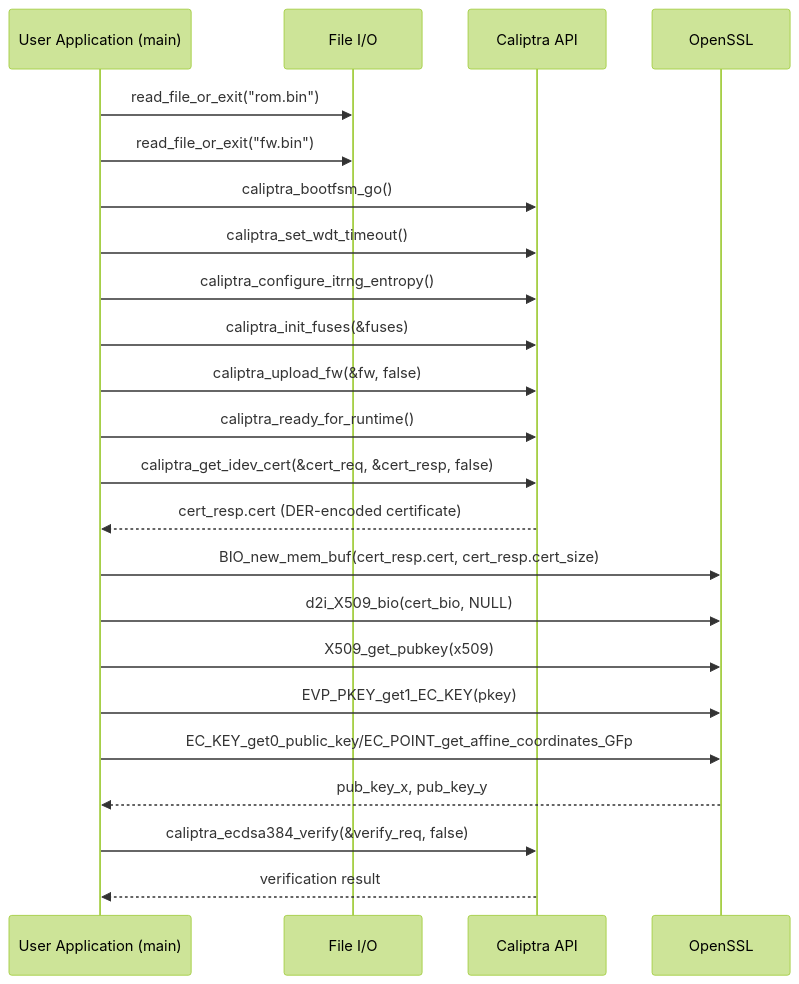
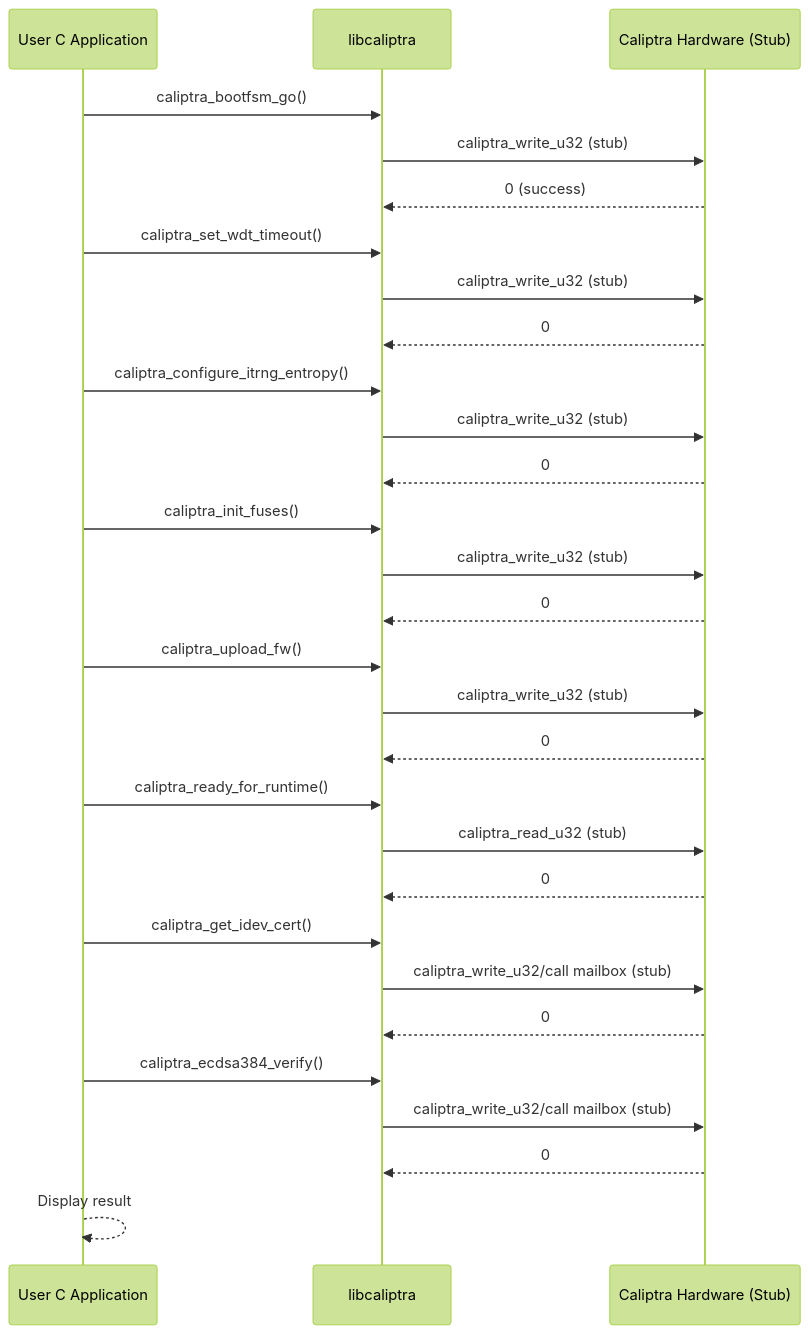
One commit to higuchi1040/caliptra_secureboot_sample changed the diagram in certificate_and_signature_verification_sequence.md. Above: the diagram before and after it, drawn with Mermaid (forest theme). The commit also changed other lines of this file and 6 other files, not shown here.

Commit message:
Modify for new sequence without OpenSSL

````diff
--- a/certificate_and_signature_verification_sequence.md
+++ b/certificate_and_signature_verification_sequence.md
@@ -3,26 +9,40 @@
 ```mermaid
 sequenceDiagram
-    participant App as User Application (main)
-    participant FileIO as File I/O
-    participant Caliptra as Caliptra API
-    participant OpenSSL as OpenSSL
+    participant UserApp as User C Application
+    participant libcaliptra as libcaliptra
+    participant CaliptraHW as Caliptra Hardware (Stub)
 
-    App->>FileIO: read_file_or_exit("rom.bin")
-    App->>FileIO: read_file_or_exit("fw.bin")
-    App->>Caliptra: caliptra_bootfsm_go()
-    App->>Caliptra: caliptra_set_wdt_timeout()
-    App->>Caliptra: caliptra_configure_itrng_entropy()
-    App->>Caliptra: caliptra_init_fuses(&fuses)
-    App->>Caliptra: caliptra_upload_fw(&fw, false)
-    App->>Caliptra: caliptra_ready_for_runtime()
-    App->>Caliptra: caliptra_get_idev_cert(&cert_req, &cert_resp, false)
-    Caliptra-->>App: cert_resp.cert (DER-encoded certificate)
-    App->>OpenSSL: BIO_new_mem_buf(cert_resp.cert, cert_resp.cert_size)
-    App->>OpenSSL: d2i_X509_bio(cert_bio, NULL)
-    App->>OpenSSL: X509_get_pubkey(x509)
-    App->>OpenSSL: EVP_PKEY_get1_EC_KEY(pkey)
-    App->>OpenSSL: EC_KEY_get0_public_key/EC_POINT_get_affine_coordinates_GFp
-    OpenSSL-->>App: pub_key_x, pub_key_y
-    App->>Caliptra: caliptra_ecdsa384_verify(&verify_req, false)
-    Caliptra-->>App: verification result
+    UserApp->>libcaliptra: caliptra_bootfsm_go()
+    libcaliptra->>CaliptraHW: caliptra_write_u32 (stub)
+    CaliptraHW-->>libcaliptra: 0 (success)
+
+    UserApp->>libcaliptra: caliptra_set_wdt_timeout()
+    libcaliptra->>CaliptraHW: caliptra_write_u32 (stub)
+    CaliptraHW-->>libcaliptra: 0
+
+    UserApp->>libcaliptra: caliptra_configure_itrng_entropy()
+    libcaliptra->>CaliptraHW: caliptra_write_u32 (stub)
+    CaliptraHW-->>libcaliptra: 0
+
+    UserApp->>libcaliptra: caliptra_init_fuses()
+    libcaliptra->>CaliptraHW: caliptra_write_u32 (stub)
+    CaliptraHW-->>libcaliptra: 0
+
+    UserApp->>libcaliptra: caliptra_upload_fw()
+    libcaliptra->>CaliptraHW: caliptra_write_u32 (stub)
+    CaliptraHW-->>libcaliptra: 0
+
+    UserApp->>libcaliptra: caliptra_ready_for_runtime()
+    libcaliptra->>CaliptraHW: caliptra_read_u32 (stub)
+    CaliptraHW-->>libcaliptra: 0
+
+    UserApp->>libcaliptra: caliptra_get_idev_cert()
+    libcaliptra->>CaliptraHW: caliptra_write_u32/call mailbox (stub)
+    CaliptraHW-->>libcaliptra: 0
+
+    UserApp->>libcaliptra: caliptra_ecdsa384_verify()
+    libcaliptra->>CaliptraHW: caliptra_write_u32/call mailbox (stub)
+    CaliptraHW-->>libcaliptra: 0
+
+    UserApp-->>UserApp: Display result
 ```
````
